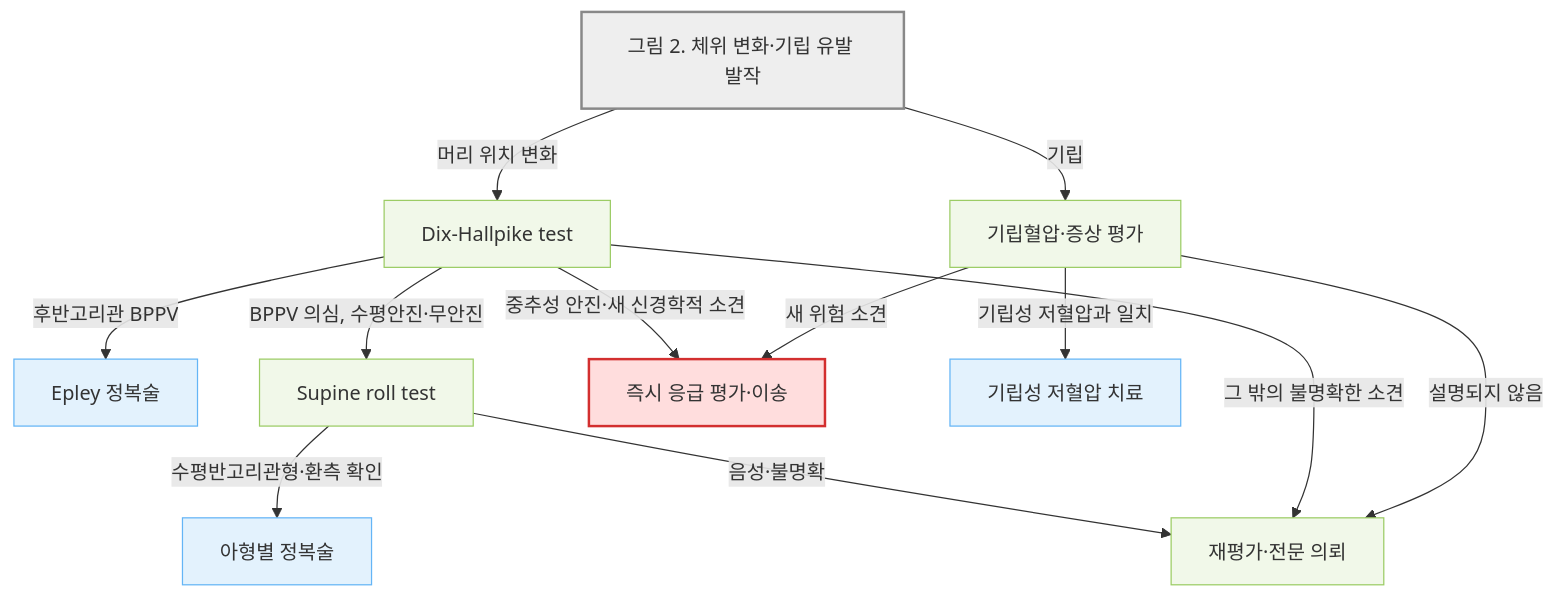
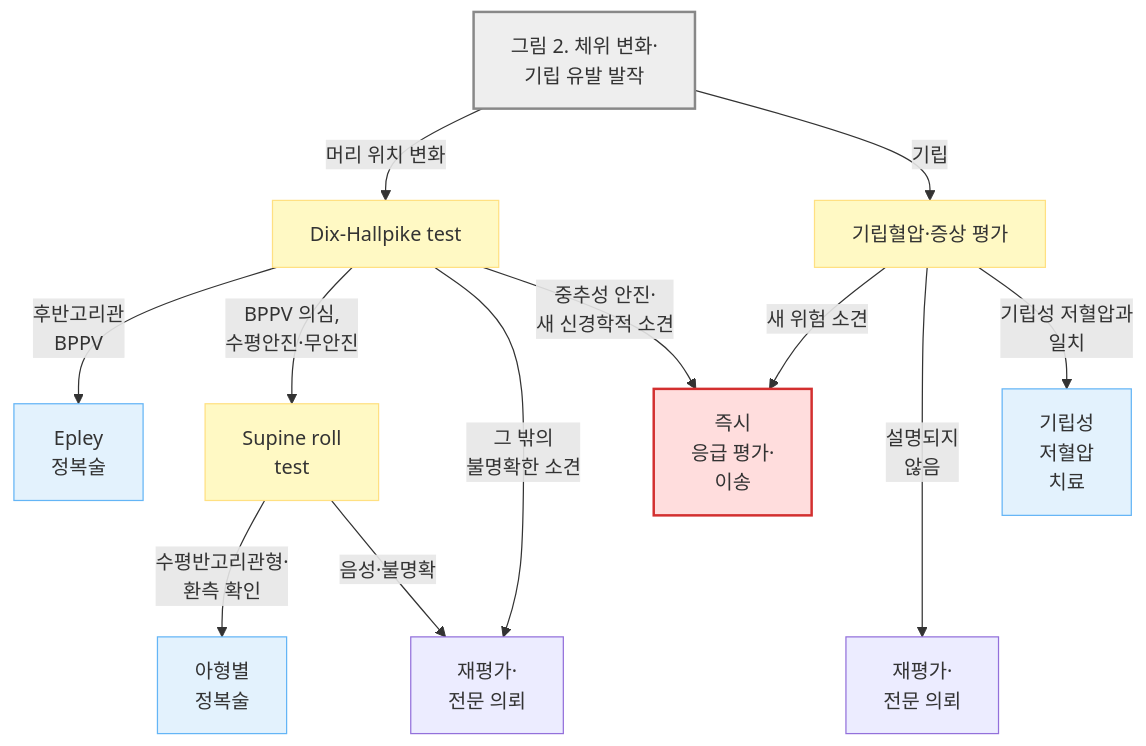
The second of 4 diagrams in 221_/020_-dizziness.md (familyoh77/familyoh77), drawn with Mermaid before and after one commit. The commit also changed other lines of this file, not shown here.

````diff
--- a/221_/020_-dizziness.md
+++ b/221_/020_-dizziness.md
@@ -496,23 +504,22 @@
 ```mermaid
 flowchart TD
-    A["그림 2. 체위 변화·기립 유발 발작"] -- "머리 위치 변화" --> D["Dix-Hallpike test"]
+    A["그림 2. 체위 변화·<br/>기립 유발 발작"] -- "머리 위치 변화" --> D["Dix-Hallpike test"]
     A -- "기립" --> O["기립혈압·증상 평가"]
-    D -- "후반고리관 BPPV" --> T1["Epley 정복술"]
-    D -- "BPPV 의심, 수평안진·무안진" --> S["Supine roll test"]
-    S -- "수평반고리관형·환측 확인" --> T2["아형별 정복술"]
-    S -- "음성·불명확" --> R["재평가·전문 의뢰"]
-    D -- "그 밖의 불명확한 소견" --> R
-    D -- "중추성 안진·새 신경학적 소견" --> U["즉시 응급 평가·이송"]
-    O -- "기립성 저혈압과 일치" --> T3["기립성 저혈압 치료"]
-    O -- "설명되지 않음" --> R
+    D -- "후반고리관 <br/>BPPV" --> T1["Epley <br/>정복술"]
+    D -- "BPPV 의심, <br/>수평안진·무안진" --> S["Supine roll <br/>test"]
+    S -- "수평반고리관형·<br/>환측 확인" --> T2["아형별 <br/>정복술"]
+    S -- "음성·불명확" --> R1["재평가·전문 의뢰"]
+    D -- "그 밖의 <br/>불명확한 소견" --> R1["재평가·<br/>전문 의뢰"]
+    D -- "중추성 안진·<br/>새 신경학적 소견" --> U["즉시 <br/>응급 평가·<br/>이송"]
     O -- "새 위험 소견" --> U
-
+    O -- "설명되지 <br/>않음" ---> R["재평가·<br/>전문 의뢰"]
+    O -- "기립성 저혈압과 <br/>일치" --> T3["기립성 <br/>저혈압 <br/>치료"]
     classDef start fill:#eeeeee,stroke:#888888,stroke-width:2px
-    classDef evaluation fill:#f1f8e9,stroke:#9ccc65
     classDef emergency fill:#ffdddd,stroke:#d32f2f,stroke-width:2px
     classDef treatment fill:#e3f2fd,stroke:#64b5f6
     class A start
-    class D,O,S,R evaluation
-    class U emergency
+classDef decision fill:#fff9c4,stroke:#ffe082;
+class D,O,S decision;
+    class U,U1 emergency
     class T1,T2,T3 treatment
 ```
````
